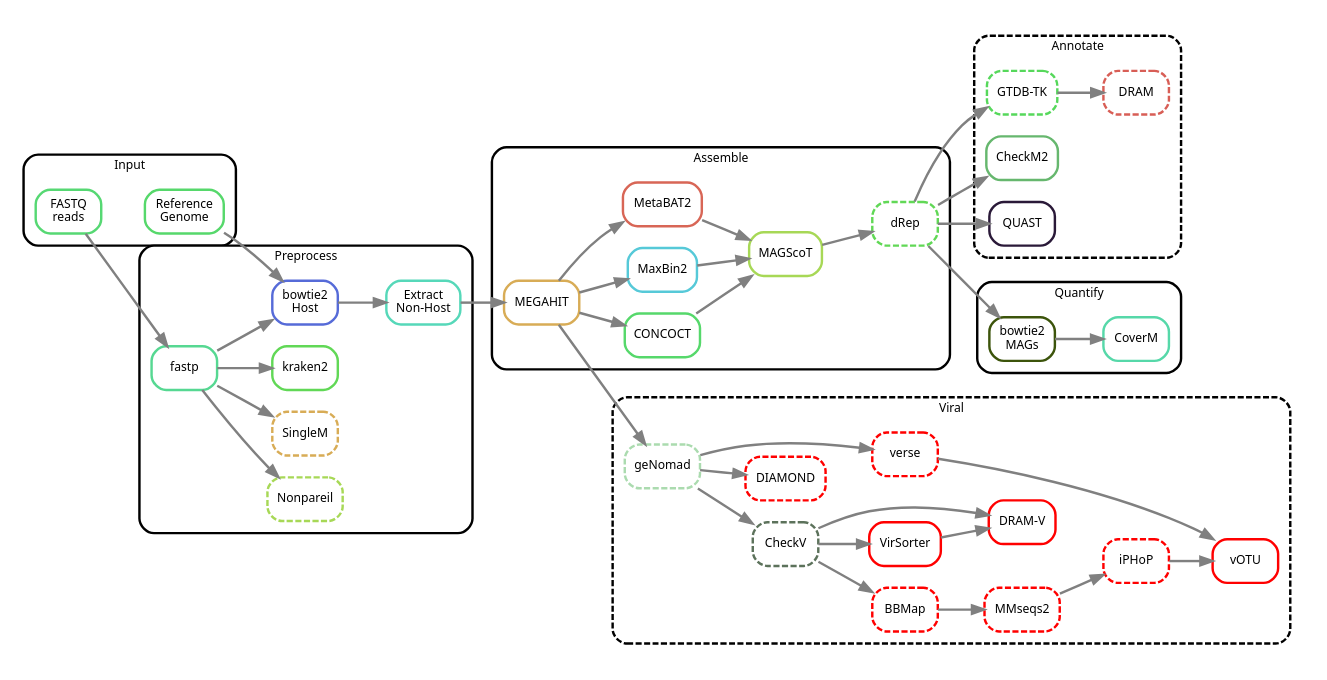
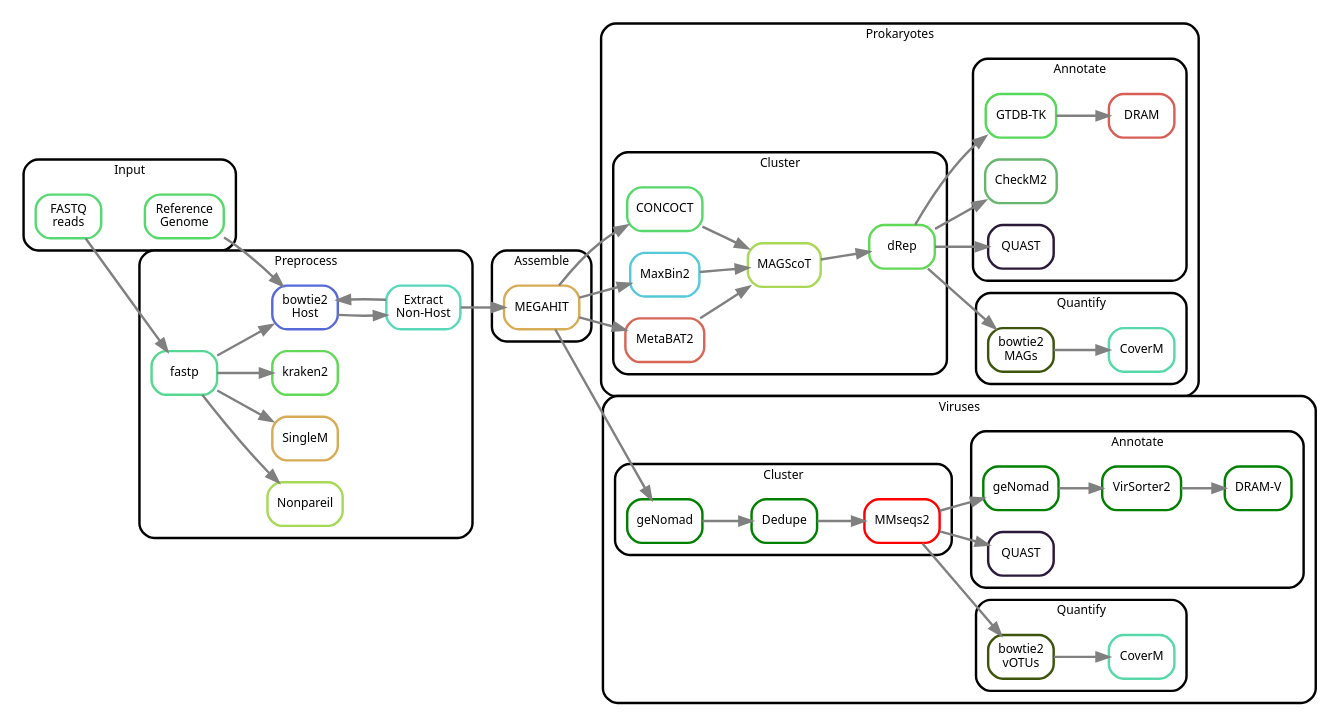
One commit to 3d-omics/mg_assembly changed the diagram in rulegraph_simple.dot. Above: the diagram before and after it, drawn with Graphviz. The commit also changed 1 other file, not shown here.

```diff
--- a/rulegraph_simple.dot
+++ b/rulegraph_simple.dot
@@ -1,130 +1,147 @@
 digraph snakemake_dag {
     rankdir=LR;
     newrank=true;
     graph[bgcolor=white, margin=0, compound=true];
     node[shape=box, style=rounded, fontname=sans, fontsize=10, penwidth=2];
     edge[penwidth=2, color=grey];
 
     subgraph cluster_0 {
         label = "Input";
         shape=box; style=rounded; fontname=sans; fontsize=10; penwidth=2; margin=10;
-        reference [label = "Reference\nGenome", color = "0.36 0.6 0.85"];
-        fastq     [label = "FASTQ\nreads",      color = "0.37 0.6 0.85"];
+        reference   [label = "Reference\nGenome",   color = "0.36 0.6 0.85"];
+        fastq       [label = "FASTQ\nreads",        color = "0.37 0.6 0.85"];
     }
-
-
 
     subgraph cluster_1 {
         label = "Preprocess";
         shape=box; style=rounded; fontname=sans; fontsize=10; penwidth=2; margin=10;
-        bowtie2   [label = "bowtie2\nHost", color = "0.64 0.6 0.85"];
-        extract   [label = "Extract\nNon-Host",    color = "0.46 0.6 0.85"];
-        fastp     [label = "fastp",                color = "0.41 0.6 0.85"];
+        bowtie2 [label = "bowtie2\nHost",       color = "0.64 0.6 0.85"];
+        extract [label = "Extract\nNon-Host",   color = "0.46 0.6 0.85"];
+        fastp   [label = "fastp",               color = "0.41 0.6 0.85"];
         {
             rankdir=LR;
-            nonpareil [label = "Nonpareil", color = "0.23 0.6 0.85", style = "dashed,rounded"];
-            singlem   [label = "SingleM",   color = "0.11 0.6 0.85", style = "dashed,rounded"];
-            kraken2   [label = "kraken2",   color = "0.32 0.6 0.85"];
+            nonpareil   [label = "Nonpareil",   color = "0.23 0.6 0.85",    style = "rounded"];
+            singlem     [label = "SingleM",     color = "0.11 0.6 0.85",    style = "rounded"];
+            kraken2     [label = "kraken2",     color = "0.32 0.6 0.85"];
         }
-        fastp   -> bowtie2
-        fastp   -> nonpareil
-        fastp   -> singlem
-        fastp   -> kraken2
-        bowtie2 -> extract
+        fastp   ->  bowtie2
+        fastp   ->  nonpareil
+        fastp   ->  singlem
+        fastp   ->  kraken2
+        bowtie2 ->  extract
+        extract ->  bowtie2
 
     }
-
 
     subgraph cluster_2 {
         label = "Assemble";
         shape=box; style=rounded; fontname=sans; fontsize=10; penwidth=2; margin=10;
-        megahit  [label = "MEGAHIT",  color = "0.11 0.6 0.85"];
-        concoct  [label = "CONCOCT",  color = "0.36 0.6 0.85"];
-        maxbin2  [label = "MaxBin2",  color = "0.52 0.6 0.85"];
-        metabat2 [label = "MetaBAT2", color = "0.02 0.6 0.85"];
-        magscot  [label = "MAGScoT",  color = "0.23 0.6 0.85"];
-        drep     [label = "dRep",     color = "0.32 0.6 0.85", style = "dashed,rounded"];
 
-        megahit -> concoct
-        megahit -> maxbin2
-        megahit -> metabat2
-        metabat2 -> magscot
-        concoct  -> magscot
-        maxbin2  -> magscot
-        magscot  -> drep
-    }
-
-
-
-
-    subgraph cluster_6_space {
-        margin = 10;
-        style = invis;
-        subgraph cluster_6 {
-            label = "Quantify";
-            shape=box; style="rounded"; fontname=sans; fontsize=10; penwidth=2; margin=10;
-            bowtie2_drep [label = "bowtie2\nMAGs", color = "0.22 0.86 0.33"];
-            coverm       [label = "CoverM",        color = "0.44 0.60 0.85"];
-        }
-        bowtie2_drep -> coverm
-    }
-
-    subgraph cluster_7_space {
-        margin = 10;
-        style = invis;
-        subgraph cluster_7 {
-            label = "Annotate";
-            shape=box; style="rounded,dashed"; fontname=sans; fontsize=10; penwidth=2; margin=10;
-            gtdbtk [label = "GTDB-TK", color = "0.34 0.6 0.85", style = "dashed,rounded"];
-            dram   [label = "DRAM",    color = "0.01 0.6 0.85", style = "dashed,rounded"];
-            checkm [label = "CheckM2", color = "0.35 0.44 0.72"];
-            quast  [label = "QUAST",   color = "0.76  0.55 0.22"];
-        }
-        gtdbtk -> dram
+        megahit  [label = "MEGAHIT",    color = "0.11 0.6 0.85"];
 
     }
 
-    reference -> bowtie2
-    fastq     -> fastp
-    extract   -> megahit
-    drep      -> gtdbtk
-    drep      -> bowtie2_drep
-    drep      -> checkm
-    drep      -> quast
+    megahit     ->  concoct
+    megahit     ->  maxbin2
+    megahit     ->  metabat2
 
-    subgraph cluster_5_space {
-        margin = 10;
-        style = invis;
-        subgraph cluster_5 {
-            label = "Viral";
-            shape=box; style="rounded,dashed"; fontname=sans; fontsize=10; penwidth=2; margin="10,10";
+    subgraph cluster_3 {
+        label = "Prokaryotes";
+        shape=box; style=rounded; fontname=sans; fontsize=10; penwidth=2; margin=10;
 
-            genomad     [label = "geNomad",     color = "0.35 0.22 0.86", style = "dashed,rounded"];
-            checkv      [label = "CheckV",      color = "0.33 0.20 0.45", style = "dashed,rounded"];
-            bbmap       [label = "BBMap",       color = red,              style = "dashed,rounded"];
-            mmseqs2     [label = "MMseqs2",     color = red,              style = "dashed,rounded"];
-            iphop       [label = "iPHoP",       color = red,              style = "dashed,rounded"];
-            diamond     [label = "DIAMOND",     color = red,              style = "dashed,rounded"];
-            verse       [label = "verse",       color = red,              style = "dashed,rounded"];
-            votu        [label = "vOTU",        color = red];
-            virsorter   [label = "VirSorter",   color = red];
-            dramv       [label = "DRAM-V",      color = red];
+        subgraph cluster_3_1 {
+            label = "Cluster";
+
+            concoct  [label = "CONCOCT",    color = "0.36 0.6 0.85"];
+            maxbin2  [label = "MaxBin2",    color = "0.52 0.6 0.85"];
+            metabat2 [label = "MetaBAT2",   color = "0.02 0.6 0.85"];
+            magscot  [label = "MAGScoT",    color = "0.23 0.6 0.85"];
+            drep     [label = "dRep",       color = "0.32 0.6 0.85",    style = "rounded"];
+
+            metabat2    ->  magscot
+            concoct     ->  magscot
+            maxbin2     ->  magscot
+            magscot     ->  drep
+        }
+        
+        subgraph cluster_3_2 {
+            label = "Quantify";
+            shape=box; style="rounded"; fontname=sans; fontsize=10; penwidth=2; margin=10;
+            bowtie2_drep    [label = "bowtie2\nMAGs",  color = "0.22 0.86 0.33"];
+            coverm          [label = "CoverM",         color = "0.44 0.60 0.85"];
+
+            bowtie2_drep -> coverm
+        }
+
+        subgraph cluster_3_3 {
+            label = "Annotate";
+            shape=box; style="rounded"; fontname=sans; fontsize=10; penwidth=2; margin=10;
+            
+            gtdbtk  [label = "GTDB-TK",  color = "0.34 0.6 0.85",    style = "rounded"];
+            dram    [label = "DRAM",     color = "0.01 0.6 0.85",    style = "rounded"];
+            checkm  [label = "CheckM2",  color = "0.35 0.44 0.72"];
+            quast   [label = "QUAST",    color = "0.76 0.55 0.22"];
+
+            gtdbtk -> dram
+
+        }
+
+    }
+
+    reference   ->  bowtie2
+    fastq       ->  fastp
+    extract     ->  megahit
+    drep        ->  gtdbtk
+    drep        ->  bowtie2_drep
+    drep        ->  checkm
+    drep        ->  quast
+
+    subgraph cluster_4 {
+        label = "Viruses";
+        shape=box; style="rounded"; fontname=sans; fontsize=10; penwidth=2; margin="10,10";
+
+        subgraph cluster_4_1 {
+            label = "Cluster"; 
+            shape=box; style="rounded"; fontname=sans; fontsize=10; penwidth=2; margin="10,10";
+    
+            genomad     [label = "geNomad",     color = green,              style = "rounded"];
+            dedupe      [label = "Dedupe",      color = green,              style = "rounded"]; 
+            mmseqs2     [label = "MMseqs2",     color = red,                style = "rounded"];
+        
+            genomad -> dedupe -> mmseqs2
+        
         }
 
         megahit -> genomad
-        genomad -> checkv
-        checkv -> bbmap
-        bbmap -> mmseqs2
-        mmseqs2 -> iphop
-        genomad -> diamond
-        genomad -> verse
-        verse -> votu
-        iphop -> votu
-        checkv -> virsorter
-        checkv -> dramv
-        virsorter -> dramv
+
+        subgraph cluster_4_2 {
+            label = "Quantify";
+            shape=box; style="rounded"; fontname=sans; fontsize=10; penwidth=2; margin=10;
+
+            bowtie2v     [label = "bowtie2\nvOTUs",  color = "0.22 0.86 0.33"];
+            covermv      [label = "CoverM",          color = "0.44 0.60 0.85"];
+
+            bowtie2v -> covermv
+        }
+
+        mmseqs2 -> bowtie2v
+
+        subgraph cluster_4_3 {
+            label = "Annotate";
+            shape=box; style="rounded"; fontname=sans; fontsize=10; penwidth=2; margin=10;
+
+            genomad2    [label = "geNomad",     color = green,              style = "rounded"];
+            virsorter2  [label = "VirSorter2",   color = green];
+            dramv      [label = "DRAM-V",      color = green];
+            quastv     [label = "QUAST",       color = "0.76 0.55 0.22"];
+
+            genomad2 -> virsorter2 -> dramv
+
+        }
+
+        mmseqs2 -> genomad2
+        mmseqs2 -> quastv
 
     }
 
-
 }
```
